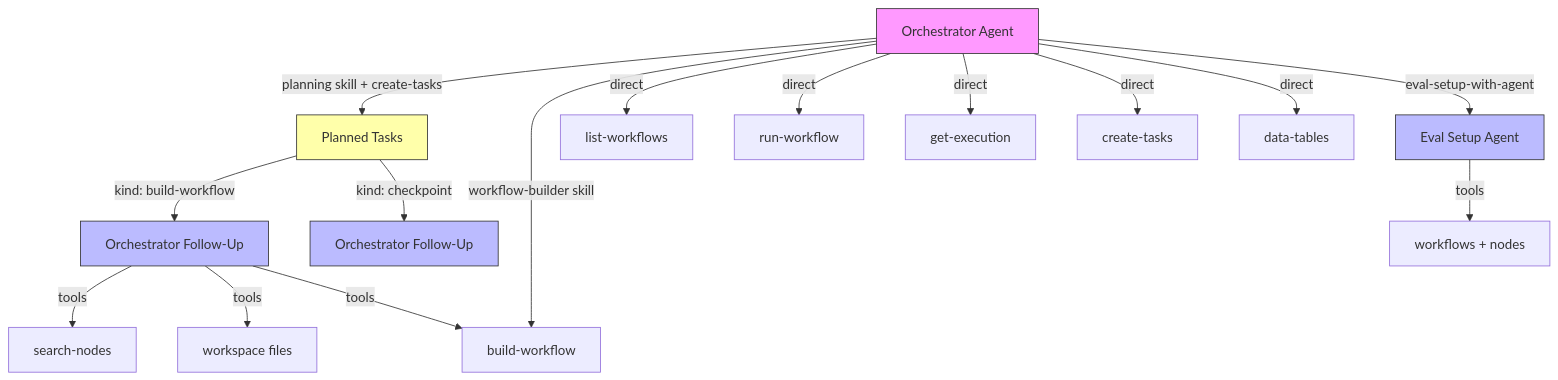
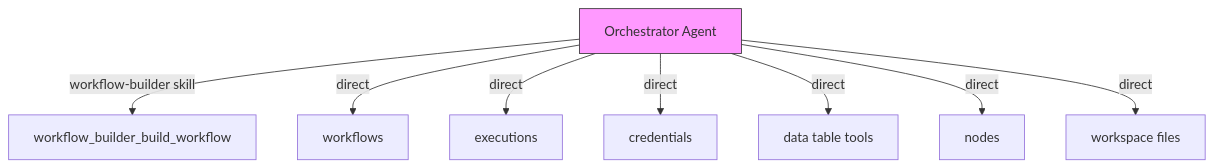
The second of 2 diagrams in n8n_integration/n8n_source/packages/@n8n/instance-ai/docs/architecture.md (koreatest12/studys), drawn with Mermaid before and after one commit. The commit also changed other lines of this file and 23019 other files, not shown here.

````diff
--- a/n8n_integration/n8n_source/packages/@n8n/instance-ai/docs/architecture.md
+++ b/n8n_integration/n8n_source/packages/@n8n/instance-ai/docs/architecture.md
@@ -133,25 +121,12 @@
 ```mermaid
 graph TD
-    O[Orchestrator Agent] -->|planning skill + create-tasks| S3[Planned Tasks]
-    O -->|workflow-builder skill| T10[build-workflow]
-    O -->|direct| T1[list-workflows]
-    O -->|direct| T2[run-workflow]
-    O -->|direct| T3[get-execution]
-    O -->|direct| T4[create-tasks]
-    O -->|direct| T5[data-tables]
-    O -->|eval-setup-with-agent| S5[Eval Setup Agent]
-
-    S3 -->|kind: build-workflow| S4[Orchestrator Follow-Up]
-    S3 -->|kind: checkpoint| S6[Orchestrator Follow-Up]
-
-    S4 -->|tools| T8[search-nodes]
-    S4 -->|tools| T9[workspace files]
-    S4 -->|tools| T10
-    S5 -->|tools| T11[workflows + nodes]
+    O[Orchestrator Agent] -->|workflow-builder skill| T10[workflow_builder_build_workflow]
+    O -->|direct| T1[workflows]
+    O -->|direct| T2[executions]
+    O -->|direct| T3[credentials]
+    O -->|direct| T5[data table tools]
+    O -->|direct| T8[nodes]
+    O -->|direct| T9[workspace files]
 
     style O fill:#f9f,stroke:#333
-    style S3 fill:#ffa,stroke:#333
-    style S4 fill:#bbf,stroke:#333
-    style S5 fill:#bbf,stroke:#333
-    style S6 fill:#bbf,stroke:#333
 ```
````
